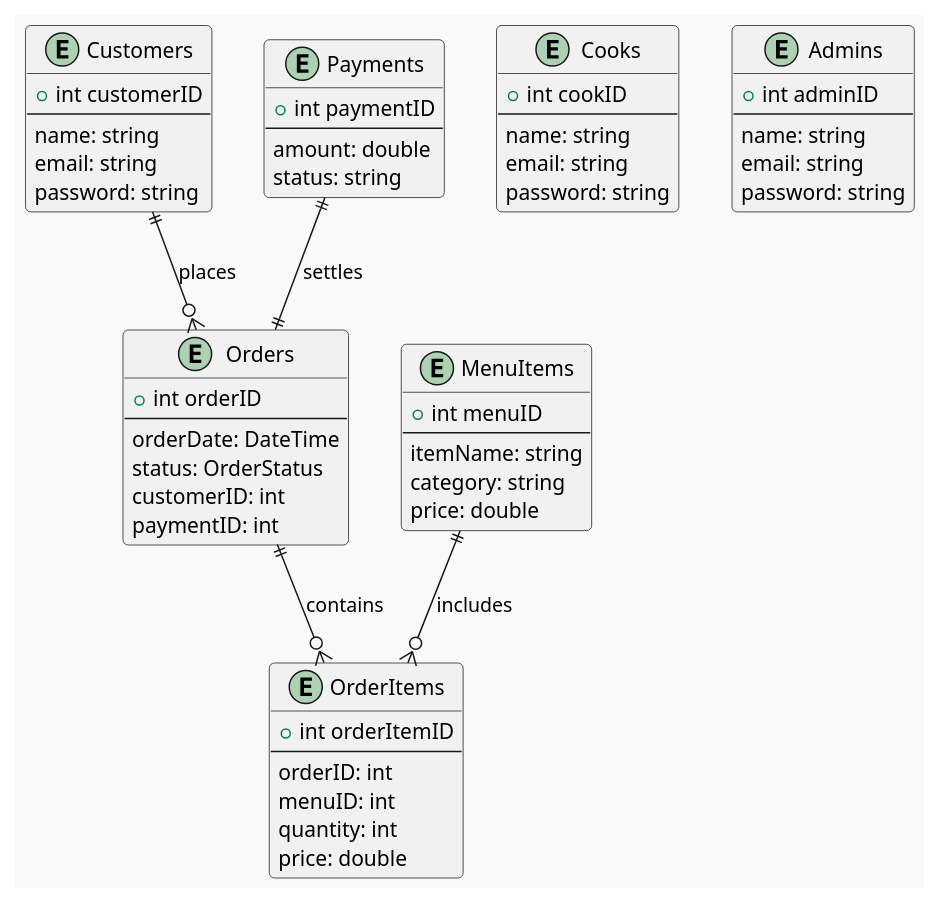
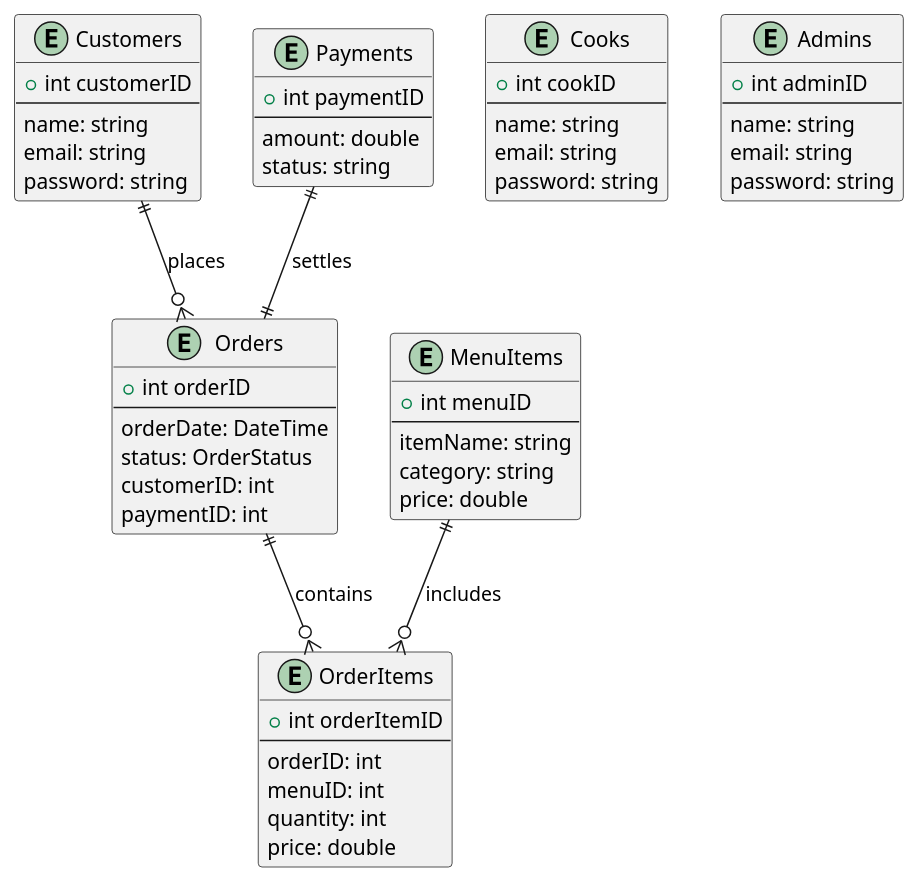
The diagram in DOCS/databaseDesign.plantUML (jayd719/DjangoFoodOrderingApp), drawn with PlantUML before and after one commit. The commit also changed 7 other files, not shown here.

```diff
--- a/DOCS/databaseDesign.plantUML
+++ b/DOCS/databaseDesign.plantUML
@@ -1,65 +1,64 @@
 @startuml databaseDesign
-!theme mars
 
 entity "Customers" as Customers {
     +int customerID
     --
     name: string
     email: string
     password: string
 }
 
 entity "Cooks" as Cooks {
     +int cookID
     --
     name: string
     email: string
     password: string
 }
 
 entity "Admins" as Admins {
     +int adminID
     --
     name: string
     email: string
     password: string
 }
 
 entity "MenuItems" as MenuItems {
     +int menuID
     --
     itemName: string
     category: string
     price: double
 }
 
 entity "Orders" as Orders {
     +int orderID
     --
     orderDate: DateTime
     status: OrderStatus
     customerID: int
     paymentID: int
 }
 
 entity "OrderItems" as OrderItems {
     +int orderItemID
     --
     orderID: int
     menuID: int
     quantity: int
     price: double
 }
 
 entity "Payments" as Payments {
     +int paymentID
     --
     amount: double
     status: string
 }
 
 Customers ||--o{ Orders : places
 Orders ||--o{ OrderItems : contains
 MenuItems ||--o{ OrderItems : includes
 Payments ||--|| Orders : settles
 @enduml
```
